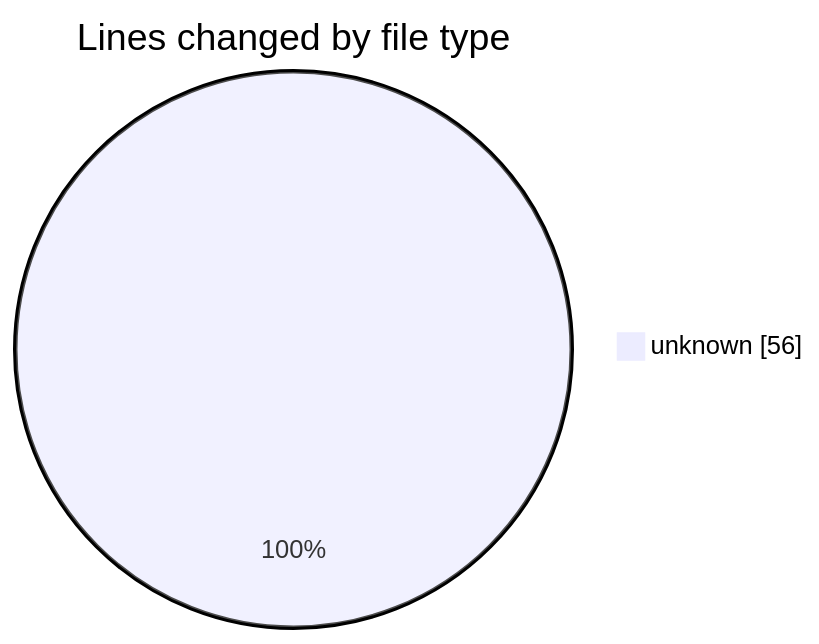
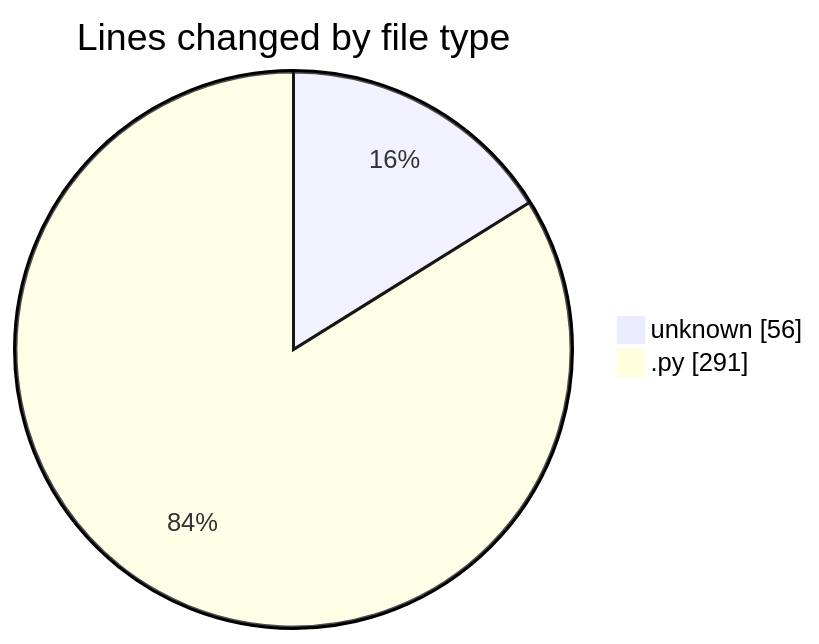
One commit to julien-gomy/code-tracking changed the first of 2 diagrams in 2025-11-21/eventscop-api-guide/README.md. Above: the diagram before and after it, drawn with Mermaid. The commit also changed other lines of this file and 1 other file, not shown here.

````diff
--- a/2025-11-21/eventscop-api-guide/README.md
+++ b/2025-11-21/eventscop-api-guide/README.md
@@ -20,5 +22,6 @@
 ```mermaid
 pie showData
 title Lines changed by file type
 "unknown" : 56
+".py" : 291
 ```
````
